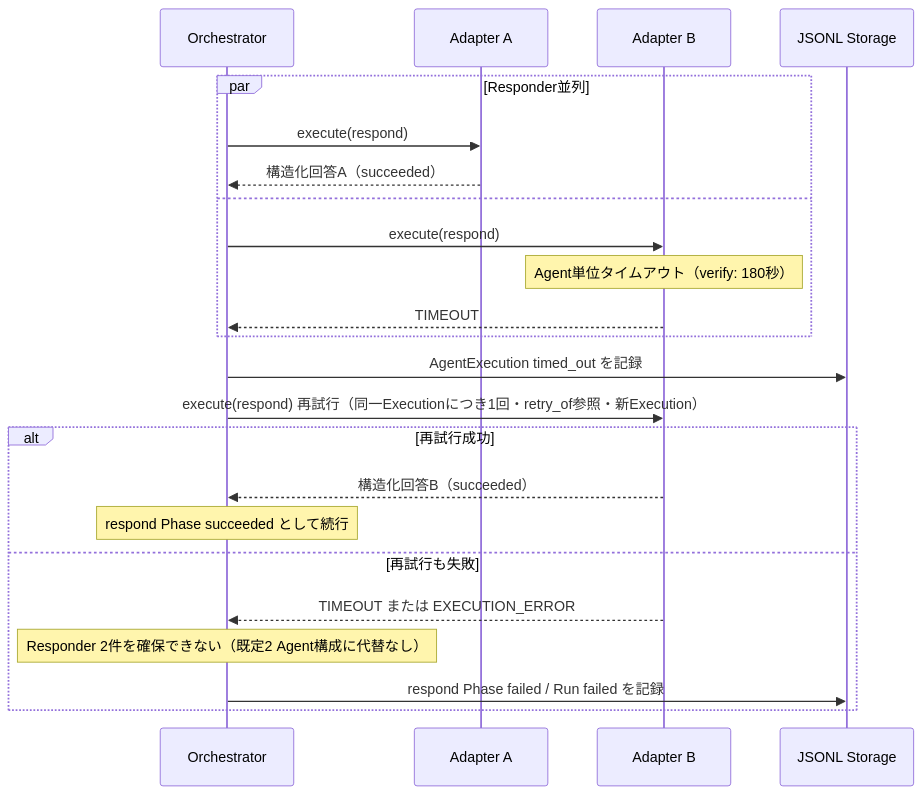
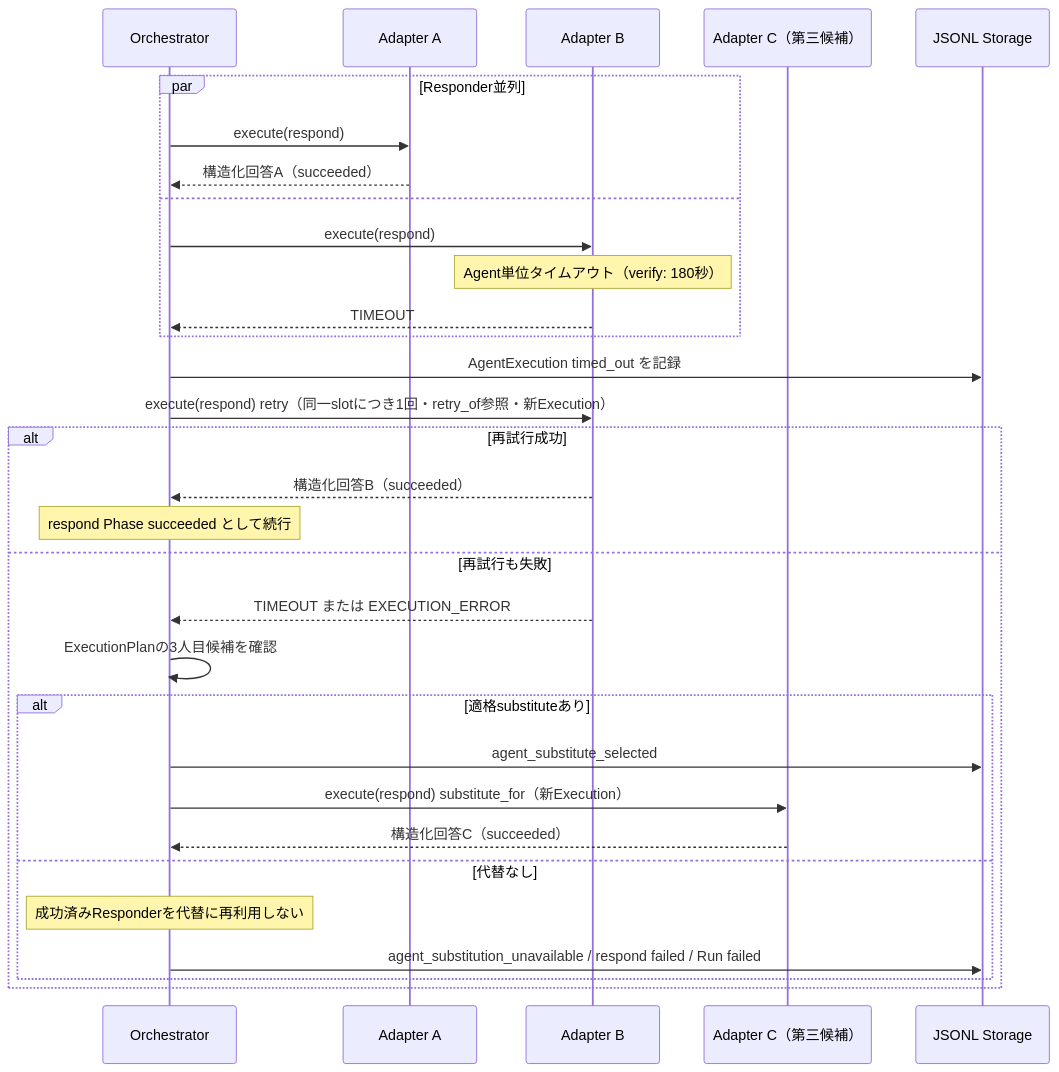
One commit to garyohosu/OracleCouncil changed the fifth of 9 diagrams in SEQUENCE.md. Above: the diagram before and after it, drawn with Mermaid. The commit also changed other lines of this file and 8 other files, not shown here.

Commit message:
docs: define deterministic agent substitution policy

````diff
--- a/SEQUENCE.md
+++ b/SEQUENCE.md
@@ -194,28 +194,36 @@
 ```mermaid
 sequenceDiagram
     participant O as Orchestrator
     participant A as Adapter A
     participant B as Adapter B
+    participant C as Adapter C（第三候補）
     participant S as JSONL Storage
 
     par Responder並列
         O->>A: execute(respond)
         A-->>O: 構造化回答A（succeeded）
     and
         O->>B: execute(respond)
         Note over B: Agent単位タイムアウト（verify: 180秒）
         B-->>O: TIMEOUT
     end
 
     O->>S: AgentExecution timed_out を記録
-    O->>B: execute(respond) 再試行（同一Executionにつき1回・retry_of参照・新Execution）
+    O->>B: execute(respond) retry（同一slotにつき1回・retry_of参照・新Execution）
 
     alt 再試行成功
         B-->>O: 構造化回答B（succeeded）
         Note over O: respond Phase succeeded として続行
     else 再試行も失敗
         B-->>O: TIMEOUT または EXECUTION_ERROR
-        Note over O: Responder 2件を確保できない（既定2 Agent構成に代替なし）
-        O->>S: respond Phase failed / Run failed を記録
+        O->>O: ExecutionPlanの3人目候補を確認
+        alt 適格substituteあり
+            O->>S: agent_substitute_selected
+            O->>C: execute(respond) substitute_for（新Execution）
+            C-->>O: 構造化回答C（succeeded）
+        else 代替なし
+            Note over O: 成功済みResponderを代替に再利用しない
+            O->>S: agent_substitution_unavailable / respond failed / Run failed
+        end
     end
 ```
````
